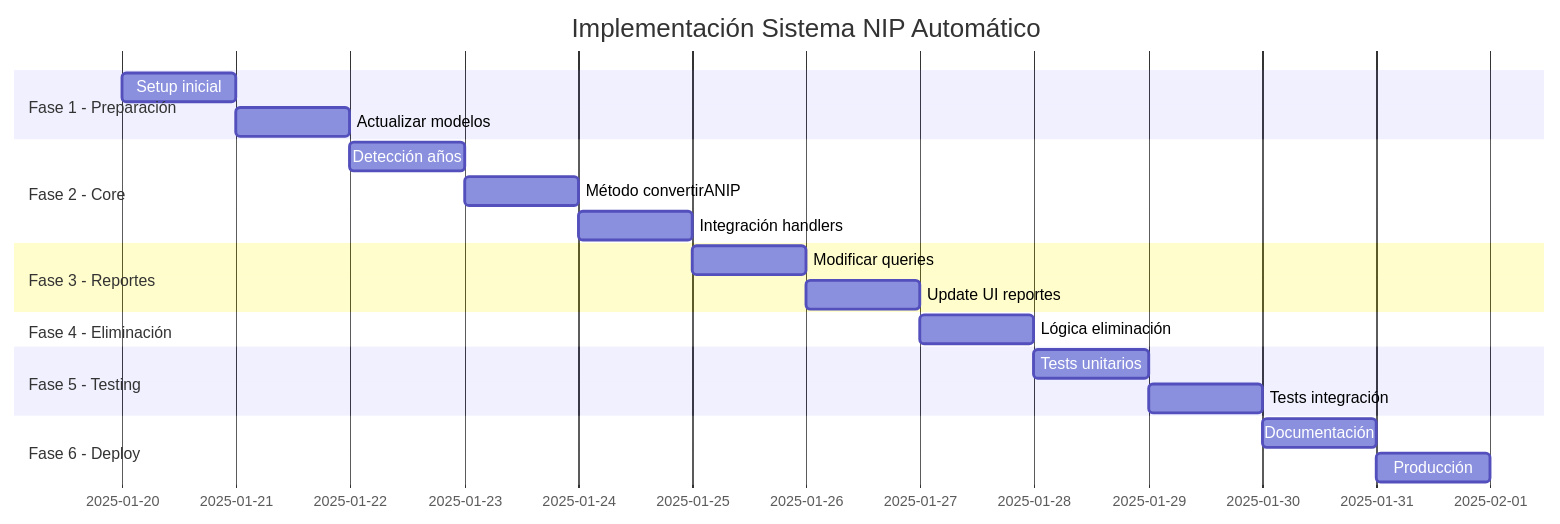
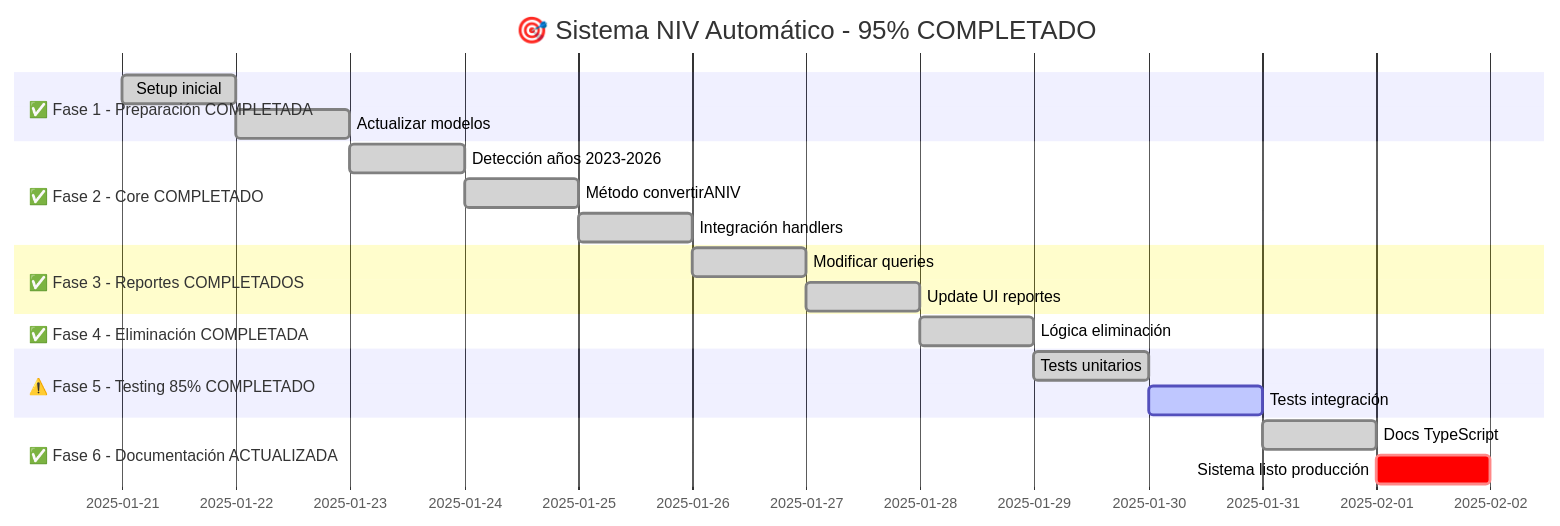
Before and after one commit to Fechomap/polizas-bot: the diagram in ROADMAP VISUAL - SISTEMA NIP AUTOMÁTICO.md, drawn with Mermaid. The commit also changed other lines of this file and 28 other files, not shown here.

````diff
--- a/ROADMAP VISUAL - SISTEMA NIP AUTOMÁTICO.md
+++ b/ROADMAP VISUAL - SISTEMA NIP AUTOMÁTICO.md
@@ -5,29 +5,29 @@
 ```mermaid
 gantt
-    title Implementación Sistema NIP Automático
+    title 🎯 Sistema NIV Automático - 95% COMPLETADO
     dateFormat YYYY-MM-DD
     
-    section Fase 1 - Preparación
-    Setup inicial           :f1a, 2025-01-20, 1d
-    Actualizar modelos      :f1b, after f1a, 1d
+    section ✅ Fase 1 - Preparación COMPLETADA
+    Setup inicial           :done, f1a, 2025-01-21, 1d
+    Actualizar modelos      :done, f1b, after f1a, 1d
     
-    section Fase 2 - Core
-    Detección años         :f2a, after f1b, 1d
-    Método convertirANIP   :f2b, after f2a, 1d
-    Integración handlers   :f2c, after f2b, 1d
+    section ✅ Fase 2 - Core COMPLETADO
+    Detección años 2023-2026:done, f2a, after f1b, 1d
+    Método convertirANIV    :done, f2b, after f2a, 1d
+    Integración handlers    :done, f2c, after f2b, 1d
     
-    section Fase 3 - Reportes
-    Modificar queries      :f3a, after f2c, 1d
-    Update UI reportes     :f3b, after f3a, 1d
+    section ✅ Fase 3 - Reportes COMPLETADOS
+    Modificar queries       :done, f3a, after f2c, 1d
+    Update UI reportes      :done, f3b, after f3a, 1d
     
-    section Fase 4 - Eliminación
-    Lógica eliminación     :f4a, after f3b, 1d
+    section ✅ Fase 4 - Eliminación COMPLETADA
+    Lógica eliminación      :done, f4a, after f3b, 1d
     
-    section Fase 5 - Testing
-    Tests unitarios        :f5a, after f4a, 1d
-    Tests integración      :f5b, after f5a, 1d
+    section ⚠️ Fase 5 - Testing 85% COMPLETADO
+    Tests unitarios         :done, f5a, after f4a, 1d
+    Tests integración       :active, f5b, after f5a, 0.5d
     
-    section Fase 6 - Deploy
-    Documentación          :f6a, after f5b, 0.5d
-    Producción             :f6b, after f6a, 0.5d
+    section ✅ Fase 6 - Documentación ACTUALIZADA
+    Docs TypeScript         :done, f6a, after f5b, 1d
+    Sistema listo producción:crit, f6b, after f6a, 0.5d
 ```
````
